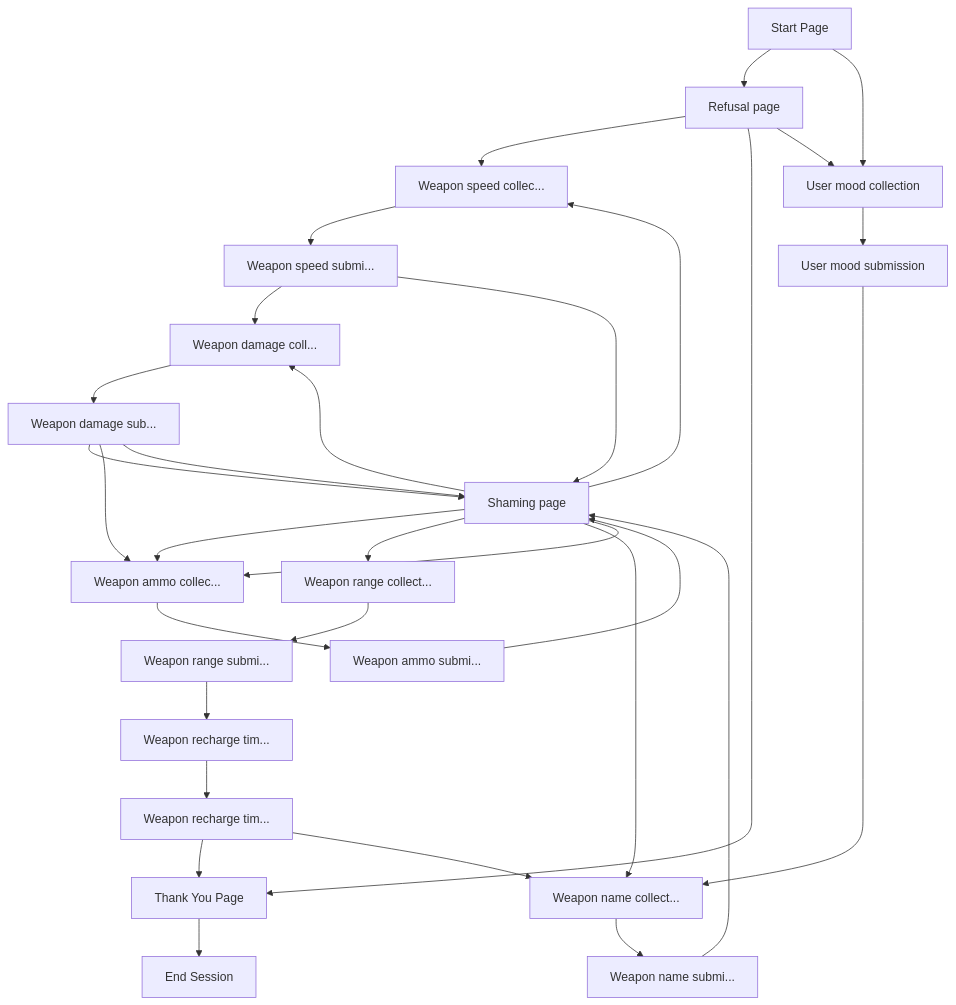
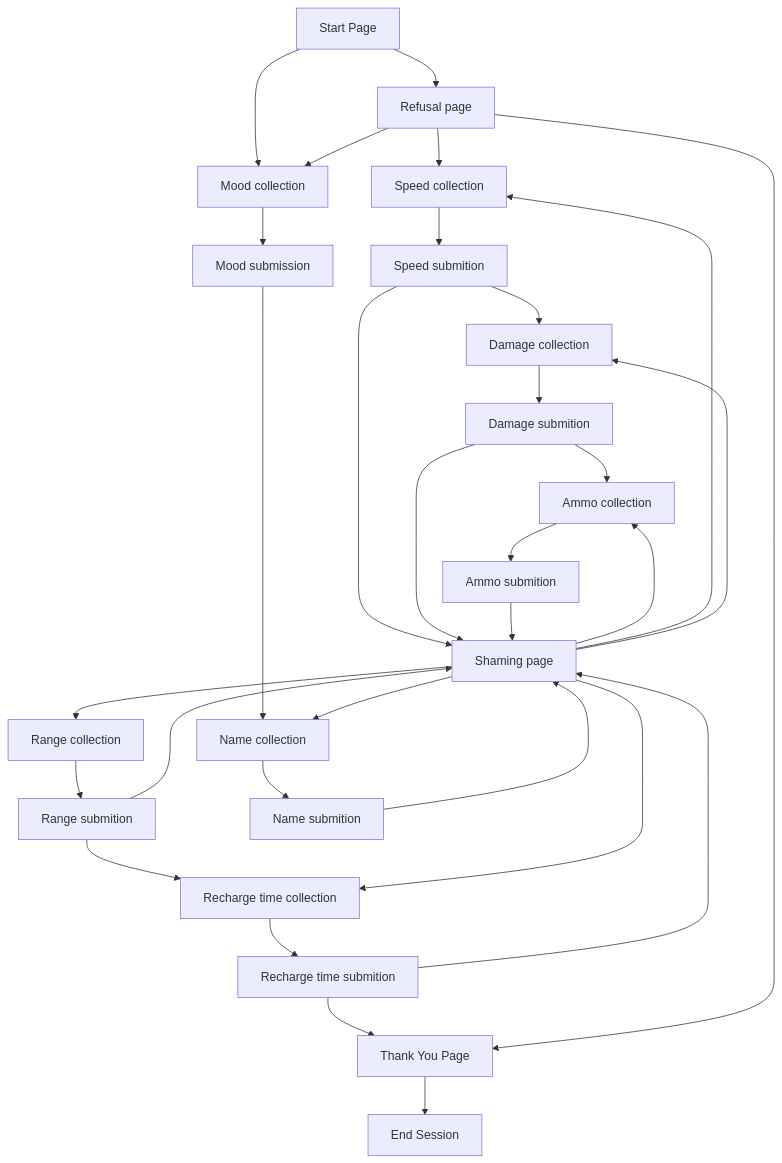
One commit to rchDev/game-of-points changed the second of 2 diagrams in docs/conv-agent.md. Above: the diagram before and after it, drawn with Mermaid.

Commit message:
Update conv-agent.md - fix diagram

````diff
--- a/docs/conv-agent.md
+++ b/docs/conv-agent.md
@@ -49,37 +49,37 @@
 ```mermaid
 graph TD
     StartPage["Start Page"] --> RefusalPage["Refusal page"]
-    StartPage --> UserMoodCollection["User mood collection"]
-    RefusalPage --> WeaponSpeedCollection["Weapon speed collec..."]
-    WeaponSpeedCollection --> WeaponSpeedSubmission["Weapon speed submi..."]
-    WeaponSpeedSubmission --> WeaponDamageCollection["Weapon damage coll..."]
-    WeaponDamageCollection --> WeaponDamageSubmission["Weapon damage sub..."]
-    WeaponDamageSubmission --> ShamingPage["Shaming page"]
-    ShamingPage --> WeaponAmmoCollection["Weapon ammo collec..."]
-    WeaponAmmoCollection --> WeaponAmmoSubmission["Weapon ammo submi..."]
-    ShamingPage --> WeaponRangeCollection["Weapon range collect..."]
-    WeaponRangeCollection --> WeaponRangeSubmission["Weapon range submi..."]
-    WeaponRangeSubmission --> WeaponRechargeTimeCollection["Weapon recharge tim..."]
-    WeaponRechargeTimeCollection --> WeaponRechargeTimeSubmission["Weapon recharge tim..."]
+    StartPage --> UserMoodCollection["Mood collection"]
+    RefusalPage --> WeaponSpeedCollection["Speed collection"]
+    WeaponSpeedCollection --> WeaponSpeedSubmission["Speed submition"]
+    WeaponSpeedSubmission --> WeaponDamageCollection["Damage collection"]
+    WeaponDamageCollection --> WeaponDamageSubmission["Damage submition"]
+    ShamingPage["Shaming page"] --> WeaponAmmoCollection["Ammo collection"]
+    WeaponAmmoCollection --> WeaponAmmoSubmission["Ammo submition"]
+    ShamingPage --> WeaponRangeCollection["Range collection"]
+    WeaponRangeCollection --> WeaponRangeSubmission["Range submition"]
+    WeaponRangeSubmission --> WeaponRechargeTimeCollection["Recharge time collection"]
+    WeaponRechargeTimeCollection --> WeaponRechargeTimeSubmission["Recharge time submition"]
     WeaponRechargeTimeSubmission --> ThankYouPage["Thank You Page"]
     ThankYouPage --> EndSession["End Session"]
     RefusalPage --> ThankYouPage
 
-    UserMoodCollection --> UserMoodSubmission["User mood submission"]
-    UserMoodSubmission --> WeaponNameCollection["Weapon name collect..."]
-    WeaponNameCollection --> WeaponNameSubmission["Weapon name submi..."]
+    UserMoodCollection --> UserMoodSubmission["Mood submission"]
+    UserMoodSubmission --> WeaponNameCollection["Name collection"]
+    WeaponNameCollection --> WeaponNameSubmission["Name submition"]
 
     RefusalPage --> UserMoodCollection
     WeaponDamageSubmission --> WeaponAmmoCollection
-    WeaponRechargeTimeSubmission --> WeaponNameCollection
 
     WeaponNameSubmission --> ShamingPage
     WeaponSpeedSubmission --> ShamingPage
     WeaponDamageSubmission --> ShamingPage
     WeaponAmmoSubmission --> ShamingPage
+    WeaponRechargeTimeSubmission --> ShamingPage
+    WeaponRangeSubmission --> ShamingPage
 
     ShamingPage --> WeaponNameCollection
     ShamingPage --> WeaponSpeedCollection
     ShamingPage --> WeaponDamageCollection
-    ShamingPage --> WeaponAmmoCollection
+    ShamingPage --> WeaponRechargeTimeCollection
 ```
````
